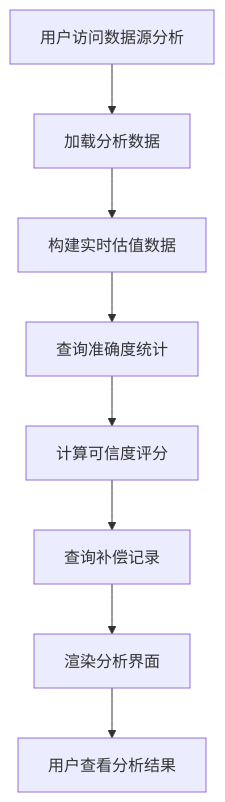
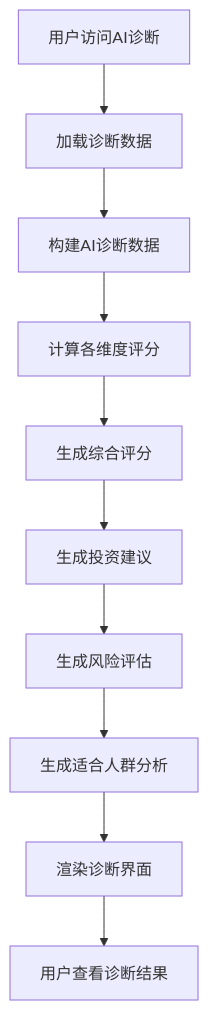
Before and after one commit to gree-coder/fund-butler: diagram 11 of 14 in .qoder/repowiki/zh/content/Fund Detail Enhancement.md, drawn with Mermaid. The commit also changed other lines of this file and 22 other files, not shown here.

````diff
--- a/.qoder/repowiki/zh/content/Fund Detail Enhancement.md
+++ b/.qoder/repowiki/zh/content/Fund Detail Enhancement.md
@@ -570,10 +659,12 @@
 ```mermaid
 flowchart TD
-A[用户访问数据源分析] --> B[加载分析数据]
-B --> C[构建实时估值数据]
-C --> D[查询准确度统计]
-D --> E[计算可信度评分]
-E --> F[查询补偿记录]
-F --> G[渲染分析界面]
-G --> H[用户查看分析结果]
+A[用户访问AI诊断] --> B[加载诊断数据]
+B --> C[构建AI诊断数据]
+C --> D[计算各维度评分]
+D --> E[生成综合评分]
+E --> F[生成投资建议]
+F --> G[生成风险评估]
+G --> H[生成适合人群分析]
+H --> I[渲染诊断界面]
+I --> J[用户查看诊断结果]
 ```
````
